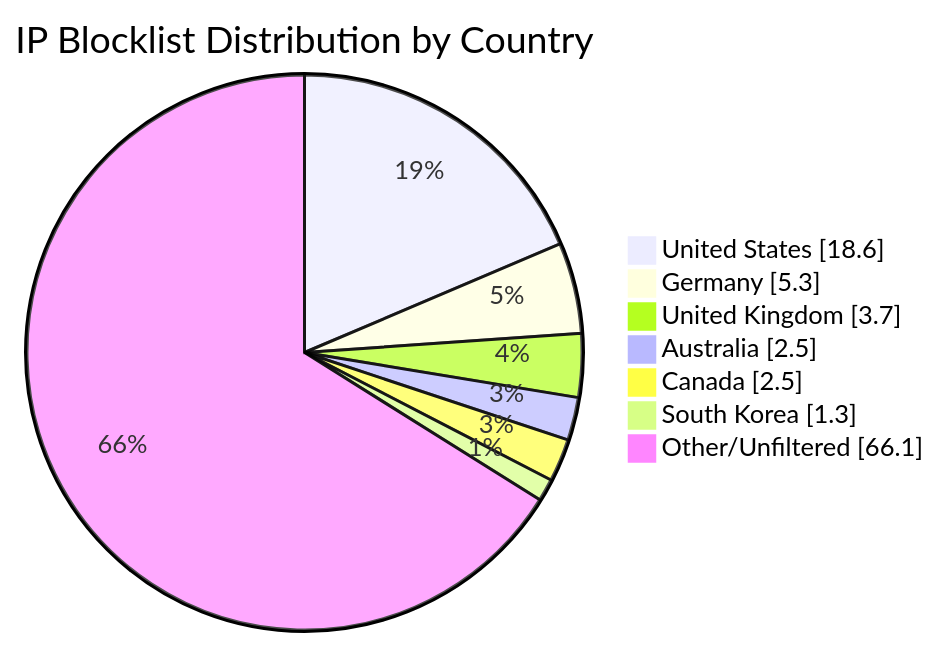
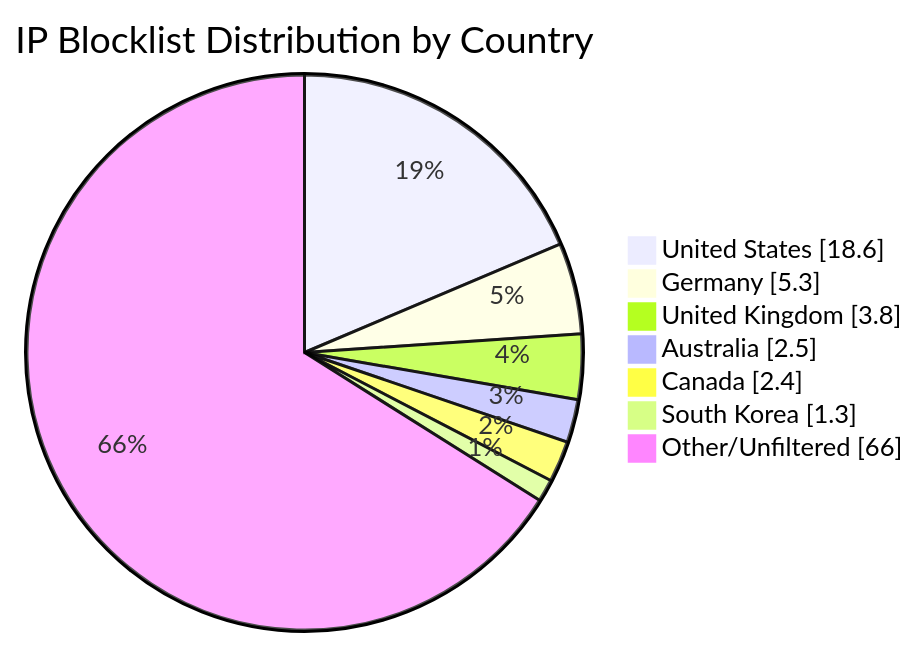
The diagram in README.md (MarcusHoltz/ipblocklist-geofiltered-aggregator), drawn with Mermaid before and after one commit. The commit also changed other lines of this file and 9 other files, not shown here.

````diff
--- a/README.md
+++ b/README.md
@@ -34,10 +34,10 @@
 ```mermaid
 pie showData title IP Blocklist Distribution by Country
 "United States" : 18.6
 "Germany" : 5.3
-"United Kingdom" : 3.7
+"United Kingdom" : 3.8
 "Australia" : 2.5
-"Canada" : 2.5
+"Canada" : 2.4
 "South Korea" : 1.3
-"Other/Unfiltered" : 66.1
+"Other/Unfiltered" : 66.0
 ```
````
